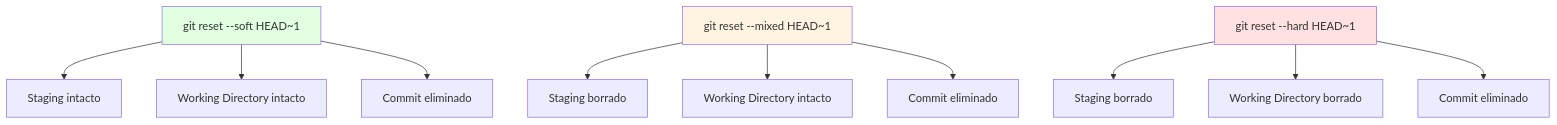
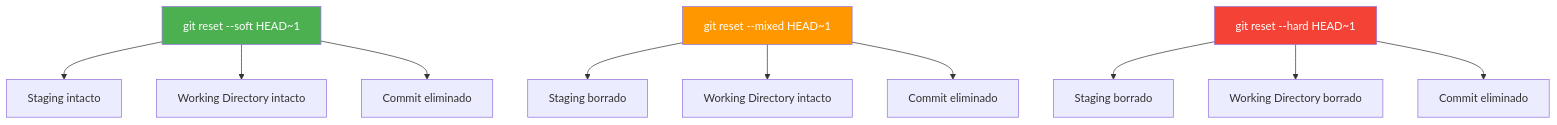
The sixth of 7 diagrams in 01-git-inicial.md (joseluisgs/EntornosDesarrollo-03-2026-2027), drawn with Mermaid before and after one commit. The commit also changed other lines of this file and 5 other files, not shown here.

````diff
--- a/01-git-inicial.md
+++ b/01-git-inicial.md
@@ -362,18 +544,18 @@
 ```mermaid
 graph TD
     A[git reset --soft HEAD~1] --> B[Staging intacto]
     A --> C[Working Directory intacto]
     A --> D[Commit eliminado]
     
     E[git reset --mixed HEAD~1] --> F[Staging borrado]
     E --> G[Working Directory intacto]
     E --> H[Commit eliminado]
     
     I[git reset --hard HEAD~1] --> J[Staging borrado]
     I --> K[Working Directory borrado]
     I --> L[Commit eliminado]
     
-    style A fill:#e1ffe1
-    style E fill:#fff4e1
-    style I fill:#ffe1e1
+    style A fill:#4CAF50,color:#fff
+    style E fill:#FF9800,color:#fff
+    style I fill:#f44336,color:#fff
 ```
````
